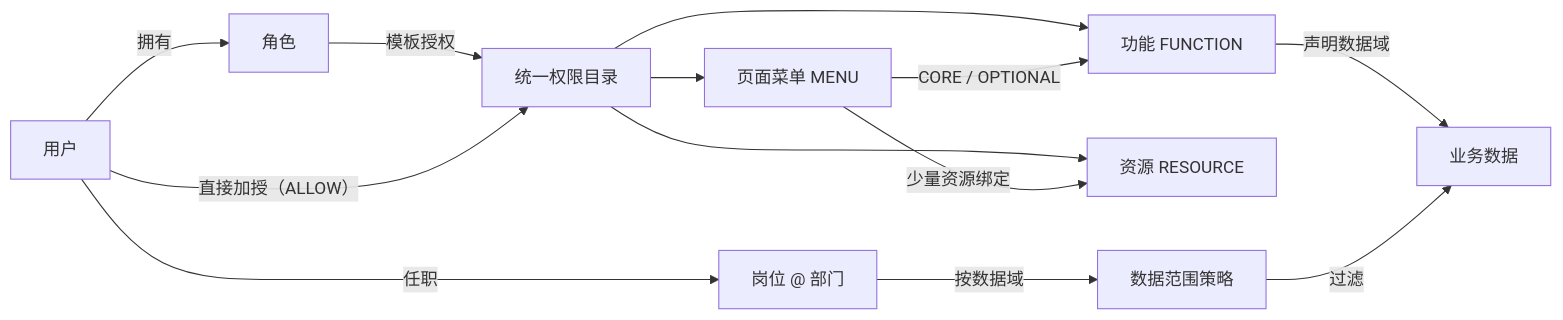
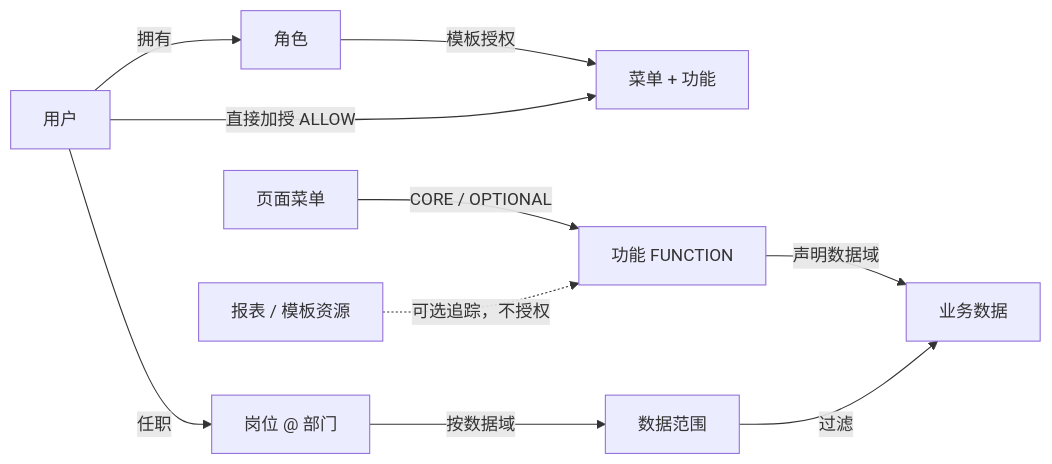
Before and after one commit to sugarboo/permission-architecture: the first of 2 diagrams in 企业中台权限架构研发演示概要.md, drawn with Mermaid. The commit also changed other lines of this file and 83 other files, not shown here.

````diff
--- a/企业中台权限架构研发演示概要.md
+++ b/企业中台权限架构研发演示概要.md
@@ -57,15 +50,12 @@
 ```mermaid
 flowchart LR
   U["用户"] -->|"拥有"| R["角色"]
-  R -->|"模板授权"| P["统一权限目录"]
-  U -->|"直接加授（ALLOW）"| P
-  P --> F["功能 FUNCTION"]
-  P --> X["资源 RESOURCE"]
-  P --> M["页面菜单 MENU"]
-  M -->|"CORE / OPTIONAL"| F
-  M -->|"少量资源绑定"| X
+  R -->|"模板授权"| P["菜单 + 功能"]
+  U -->|"直接加授 ALLOW"| P
+  M["页面菜单"] -->|"CORE / OPTIONAL"| F["功能 FUNCTION"]
+  B["报表 / 模板资源"] -.->|"可选追踪，不授权"| F
   U -->|"任职"| UP["岗位 @ 部门"]
-  UP -->|"按数据域"| DS["数据范围策略"]
+  UP -->|"按数据域"| DS["数据范围"]
   F -->|"声明数据域"| D["业务数据"]
   DS -->|"过滤"| D
 ```
````
